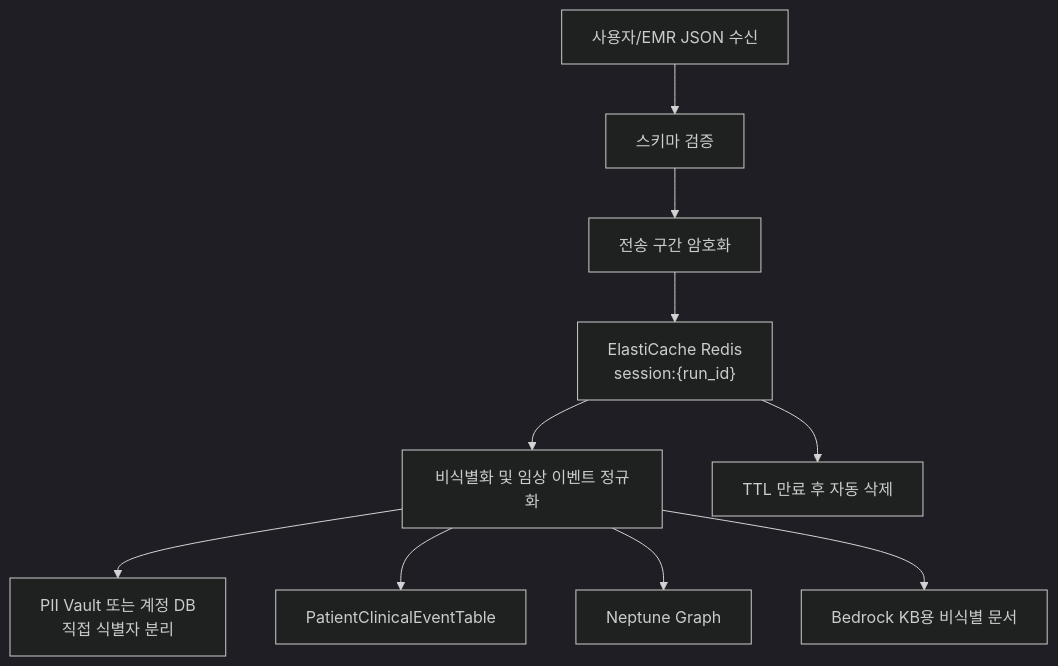
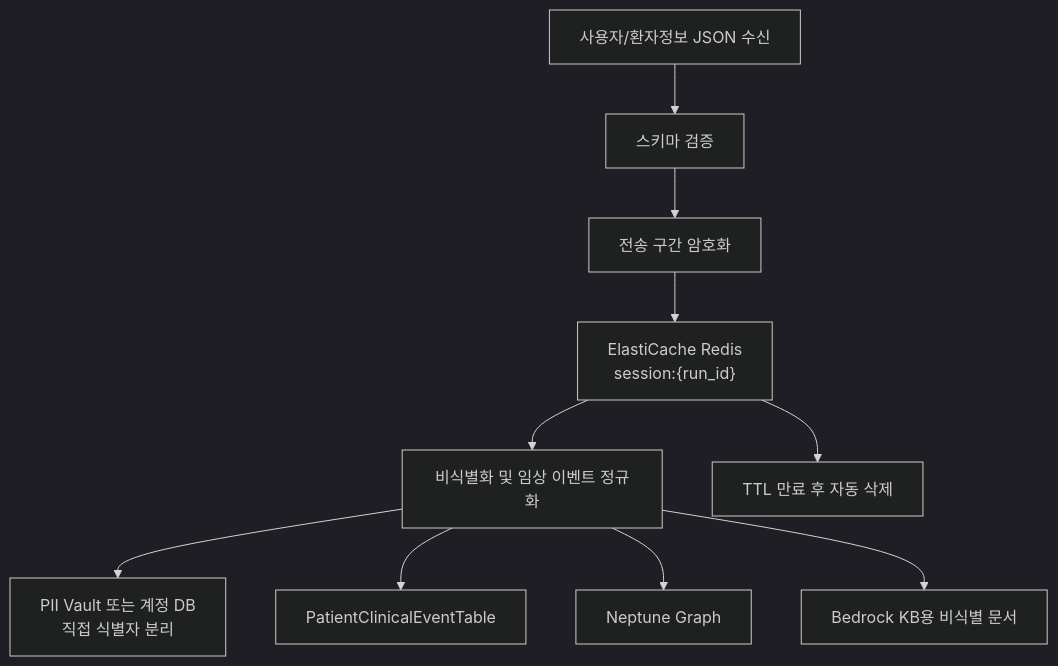
The fifth of 7 diagrams in doc/MATCHING_MODEL_V2.md (1jaekim/AWS_Healthcare), drawn with Mermaid (dark theme) before and after one commit. The commit also changed other lines of this file and 1 other file, not shown here.

Commit message:
docs: update matching workflow architecture

````diff
--- a/doc/MATCHING_MODEL_V2.md
+++ b/doc/MATCHING_MODEL_V2.md
@@ -194,12 +283,12 @@
 ```mermaid
 flowchart TD
-    IN["사용자/EMR JSON 수신"] --> VALID["스키마 검증"]
+    IN["사용자/환자정보 JSON 수신"] --> VALID["스키마 검증"]
     VALID --> ENC["전송 구간 암호화"]
     ENC --> REDIS["ElastiCache Redis<br/>session:{run_id}"]
     REDIS --> NORM["비식별화 및 임상 이벤트 정규화"]
     NORM --> PII["PII Vault 또는 계정 DB<br/>직접 식별자 분리"]
     NORM --> CLIN["PatientClinicalEventTable"]
     NORM --> GRAPH["Neptune Graph"]
     NORM --> RAG["Bedrock KB용 비식별 문서"]
     REDIS --> TTL["TTL 만료 후 자동 삭제"]
 ```
````
